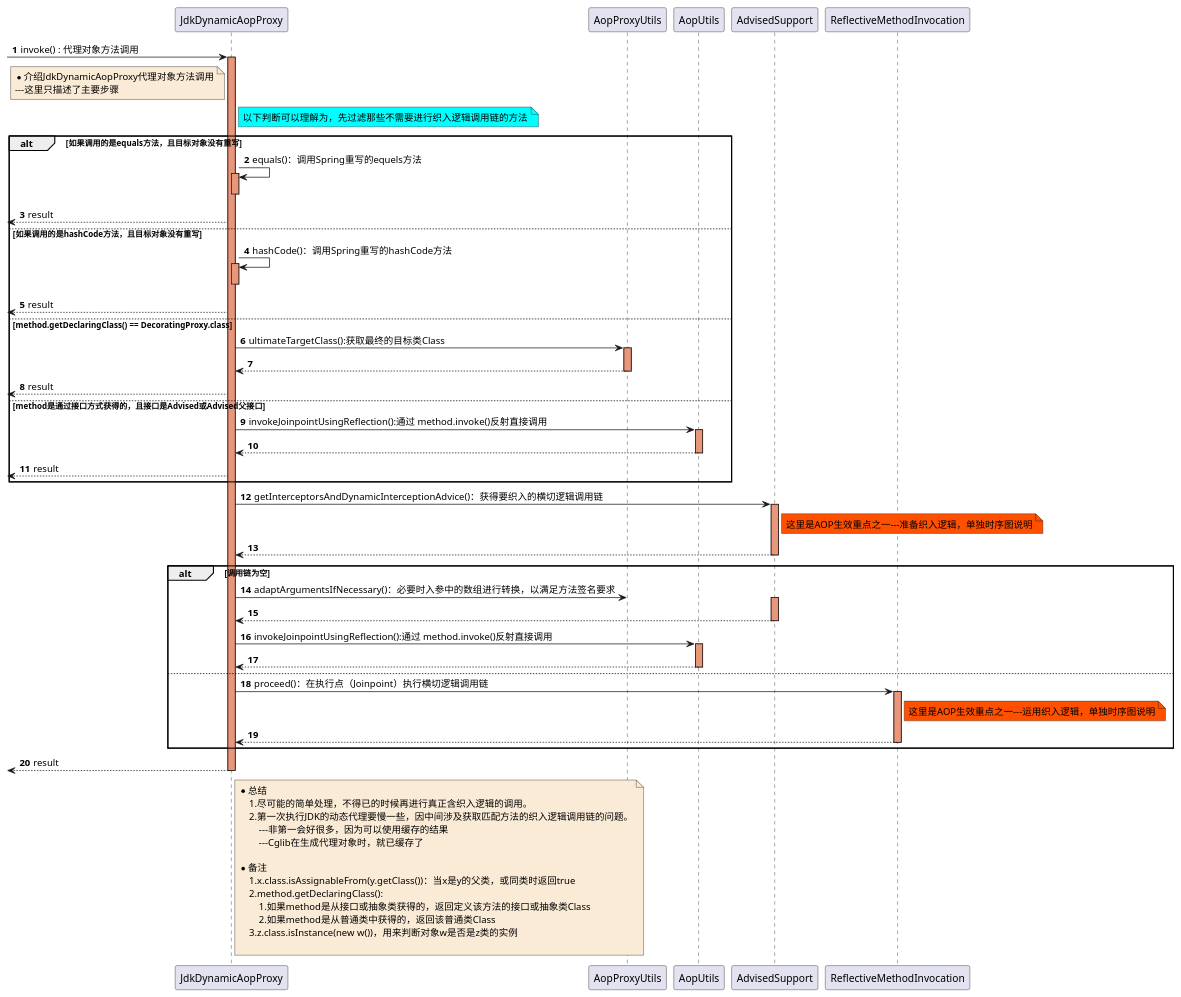
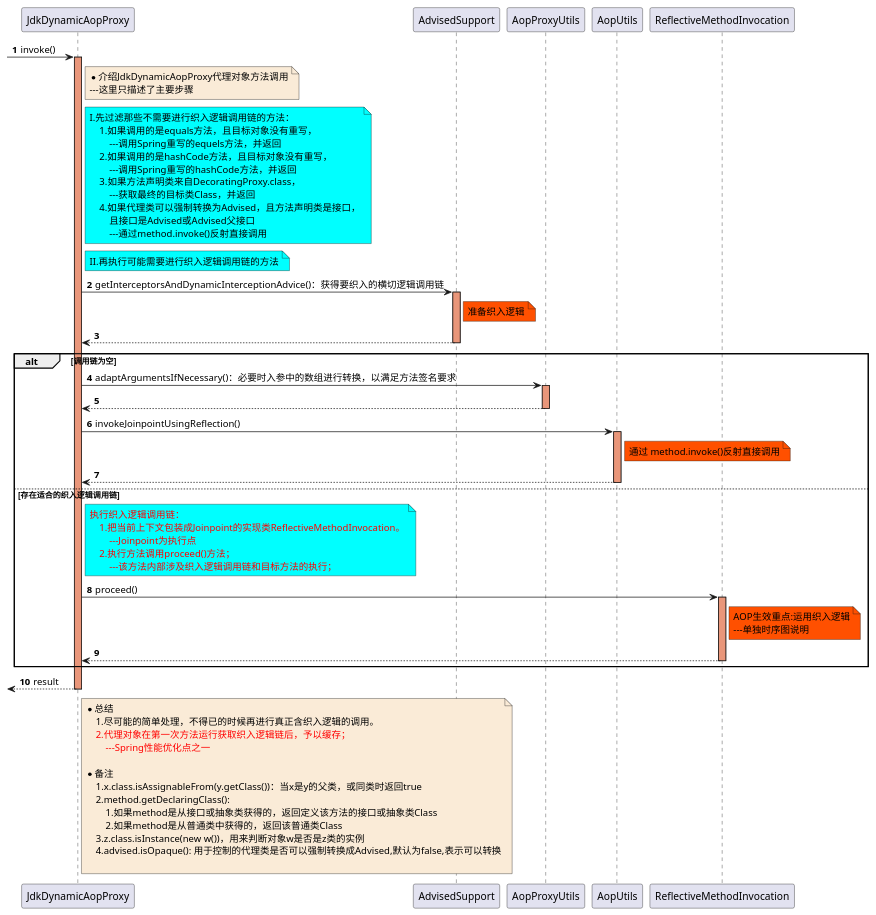
Before and after one commit to czwer/learn-spring-code: the diagram in document/spring/base/sequence/AOP-ProxyInvoke-0-JdkDynamicAopProxy_invoke-sequence.puml, drawn with PlantUML. The commit also changed 5 other files, not shown here.

Commit message:
修改代理对象执行时的时序图

```diff
--- a/document/spring/base/sequence/AOP-ProxyInvoke-0-JdkDynamicAopProxy_invoke-sequence.puml
+++ b/document/spring/base/sequence/AOP-ProxyInvoke-0-JdkDynamicAopProxy_invoke-sequence.puml
@@ -1,92 +1,88 @@
 @startuml
 
 autonumber
 
--> JdkDynamicAopProxy: invoke() : 代理对象方法调用
+-> JdkDynamicAopProxy: invoke()
 
-note left of JdkDynamicAopProxy #FAEBD7
+note right of JdkDynamicAopProxy #FAEBD7
     *介绍JdkDynamicAopProxy代理对象方法调用
     ---这里只描述了主要步骤
 end note
 activate JdkDynamicAopProxy #DarkSalmon
     note right of JdkDynamicAopProxy #aqua
-        以下判断可以理解为，先过滤那些不需要进行织入逻辑调用链的方法
+        I.先过滤那些不需要进行织入逻辑调用链的方法：
+            1.如果调用的是equals方法，且目标对象没有重写，
+                ---调用Spring重写的equels方法，并返回
+            2.如果调用的是hashCode方法，且目标对象没有重写，
+                ---调用Spring重写的hashCode方法，并返回
+            3.如果方法声明类来自DecoratingProxy.class，
+                ---获取最终的目标类Class，并返回
+            4.如果代理类可以强制转换为Advised，且方法声明类是接口，
+                且接口是Advised或Advised父接口
+                ---通过method.invoke()反射直接调用
     end note
 
-    alt 如果调用的是equals方法，且目标对象没有重写
-        JdkDynamicAopProxy-> JdkDynamicAopProxy:equals()：调用Spring重写的equels方法
-        activate JdkDynamicAopProxy #DarkSalmon
-        deactivate JdkDynamicAopProxy
-
-<-- JdkDynamicAopProxy : result
-    else 如果调用的是hashCode方法，且目标对象没有重写
-        JdkDynamicAopProxy-> JdkDynamicAopProxy:hashCode()：调用Spring重写的hashCode方法
-        activate JdkDynamicAopProxy #DarkSalmon
-        deactivate JdkDynamicAopProxy
-<-- JdkDynamicAopProxy : result
-
-    else method.getDeclaringClass() == DecoratingProxy.class
-        JdkDynamicAopProxy-> AopProxyUtils:ultimateTargetClass():获取最终的目标类Class
-        activate AopProxyUtils #DarkSalmon
-        AopProxyUtils --> JdkDynamicAopProxy
-        deactivate AopProxyUtils
-<-- JdkDynamicAopProxy : result
-    else method是通过接口方式获得的，且接口是Advised或Advised父接口
-        JdkDynamicAopProxy-> AopUtils:invokeJoinpointUsingReflection():通过 method.invoke()反射直接调用
-        activate AopUtils #DarkSalmon
-        AopUtils --> JdkDynamicAopProxy
-        deactivate AopUtils
-<-- JdkDynamicAopProxy : result
-    end
-
+    note right of JdkDynamicAopProxy #aqua
+        II.再执行可能需要进行织入逻辑调用链的方法
+    end note
     JdkDynamicAopProxy-> AdvisedSupport:getInterceptorsAndDynamicInterceptionAdvice()：获得要织入的横切逻辑调用链
     activate AdvisedSupport #DarkSalmon
         note right of AdvisedSupport #FF5000
-           这里是AOP生效重点之一---准备织入逻辑，单独时序图说明
+           准备织入逻辑
         end note
     AdvisedSupport --> JdkDynamicAopProxy
     deactivate AdvisedSupport
 
     alt 调用链为空
         JdkDynamicAopProxy-> AopProxyUtils:adaptArgumentsIfNecessary()：必要时入参中的数组进行转换，以满足方法签名要求
-        activate AdvisedSupport #DarkSalmon
-        AdvisedSupport --> JdkDynamicAopProxy
-        deactivate AdvisedSupport
+        activate AopProxyUtils #DarkSalmon
+        AopProxyUtils --> JdkDynamicAopProxy
+        deactivate AopProxyUtils
 
-        JdkDynamicAopProxy-> AopUtils:invokeJoinpointUsingReflection():通过 method.invoke()反射直接调用
+        JdkDynamicAopProxy-> AopUtils:invokeJoinpointUsingReflection()
         activate AopUtils #DarkSalmon
+            note right of AopUtils #FF5000
+               通过 method.invoke()反射直接调用
+            end note
         AopUtils --> JdkDynamicAopProxy
         deactivate AopUtils
 
-    else
-
-        JdkDynamicAopProxy-> ReflectiveMethodInvocation:proceed()：在执行点（Joinpoint）执行横切逻辑调用链
+    else 存在适合的织入逻辑调用链
+        note right of JdkDynamicAopProxy #aqua
+            <font color=red>执行织入逻辑调用链：</font>
+                <font color=red>1.把当前上下文包装成Joinpoint的实现类ReflectiveMethodInvocation。</font>
+                    <font color=red>---Joinpoint为执行点</font>
+                <font color=red>2.执行方法调用proceed()方法；</font>
+                    <font color=red>---该方法内部涉及织入逻辑调用链和目标方法的执行；</font>
+        end note
+        JdkDynamicAopProxy-> ReflectiveMethodInvocation:proceed()
         activate ReflectiveMethodInvocation #DarkSalmon
             note right of ReflectiveMethodInvocation #FF5000
-                这里是AOP生效重点之一---运用织入逻辑，单独时序图说明
+                AOP生效重点:运用织入逻辑
+                ---单独时序图说明
             end note
         ReflectiveMethodInvocation --> JdkDynamicAopProxy
         deactivate ReflectiveMethodInvocation
 
     end
 
 <-- JdkDynamicAopProxy : result
 deactivate JdkDynamicAopProxy
 
 note right of JdkDynamicAopProxy #FAEBD7
 *总结
     1.尽可能的简单处理，不得已的时候再进行真正含织入逻辑的调用。
-    2.第一次执行JDK的动态代理要慢一些，因中间涉及获取匹配方法的织入逻辑调用链的问题。
-        ---非第一会好很多，因为可以使用缓存的结果
-        ---Cglib在生成代理对象时，就已缓存了
+    <font color=red>2.代理对象在第一次方法运行获取织入逻辑链后，予以缓存；</font>
+        <font color=red>---Spring性能优化点之一</font>
 
 *备注
     1.x.class.isAssignableFrom(y.getClass())：当x是y的父类，或同类时返回true
     2.method.getDeclaringClass():
         1.如果method是从接口或抽象类获得的，返回定义该方法的接口或抽象类Class
         2.如果method是从普通类中获得的，返回该普通类Class
     3.z.class.isInstance(new w())，用来判断对象w是否是z类的实例
+    4.advised.isOpaque(): 用于控制的代理类是否可以强制转换成Advised,默认为false,表示可以转换
 
 end note
 
 @enduml
```
